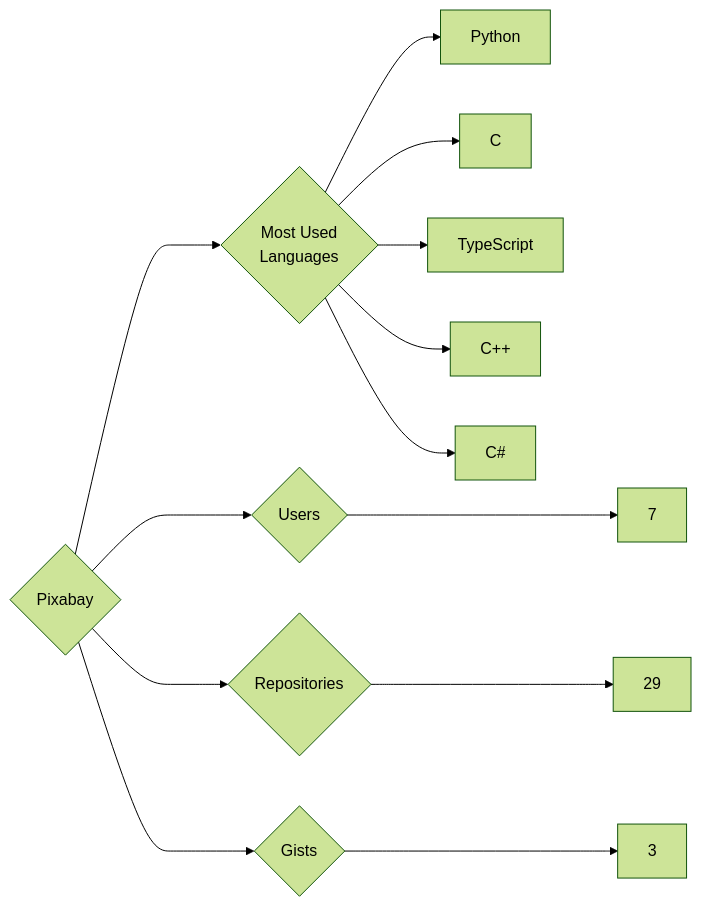
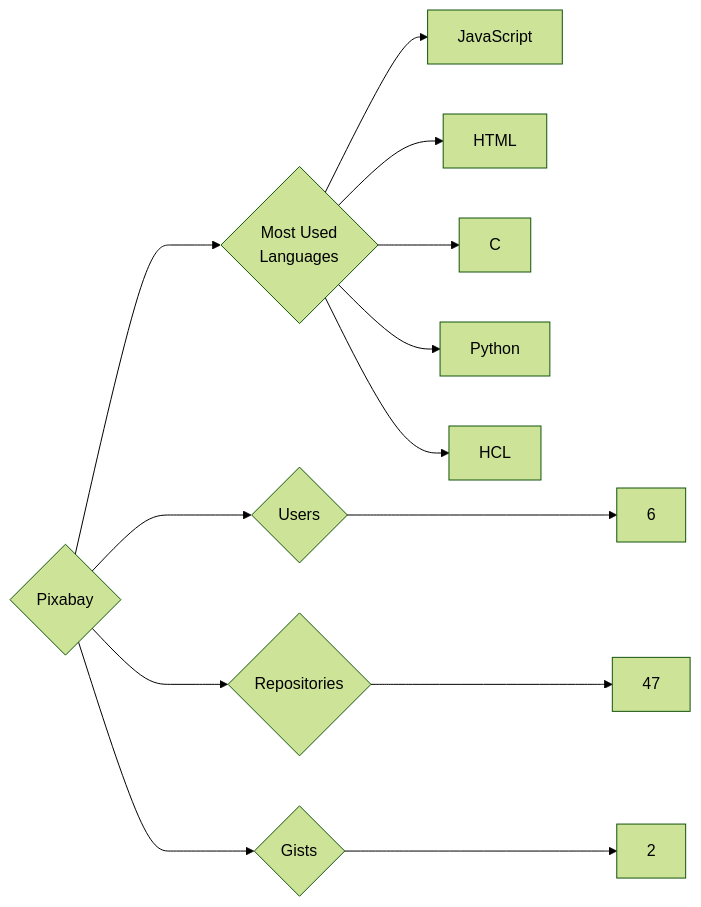
Before and after one commit to trickest/insiders: the diagram in targets/Pixabay/README.md, drawn with Mermaid (forest theme). The commit also changed 1484 other files, not shown here.

````diff
--- a/targets/Pixabay/README.md
+++ b/targets/Pixabay/README.md
@@ -3,13 +3,13 @@
 ```mermaid
 graph LR
 COMPANY_NAME{Pixabay}
-COMPANY_NAME ---> U{Users} ---> UN[7]
-COMPANY_NAME ---> R{Repositories} ---> RN[29]
-COMPANY_NAME ---> G{Gists} ---> GN[3]
+COMPANY_NAME ---> U{Users} ---> UN[6]
+COMPANY_NAME ---> R{Repositories} ---> RN[47]
+COMPANY_NAME ---> G{Gists} ---> GN[2]
 COMPANY_NAME ---> ML{Most Used<br>Languages}
+ML --> JavaScript[JavaScript]
+ML --> HTML[HTML]
+ML --> C[C]
 ML --> Python[Python]
-ML --> C[C]
-ML --> TypeScript[TypeScript]
-ML --> C++[C++]
-ML --> C#[C#]
+ML --> HCL[HCL]
 ```
````
